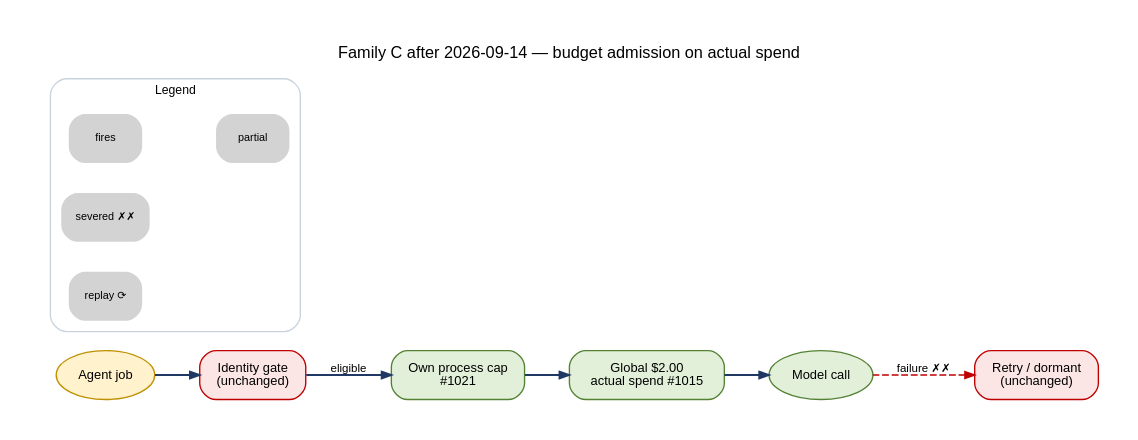
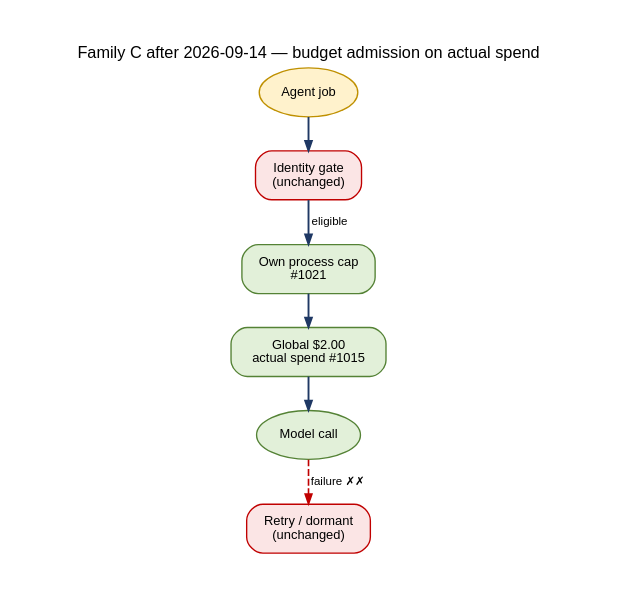
The diagram in docs/architecture/lifecycles/LIFECYCLE_FACTBASE_C_WATCHLIST_2026-09-14.md (PatsKiller/tardeai), drawn with Graphviz before and after one commit. The commit also changed 11 other files, not shown here.

First line of the commit message:
docs(architecture): lifecycle flow diagrams top-down with a legend figure; wide diagrams re-laid out

````diff
--- a/docs/architecture/lifecycles/LIFECYCLE_FACTBASE_C_WATCHLIST_2026-09-14.md
+++ b/docs/architecture/lifecycles/LIFECYCLE_FACTBASE_C_WATCHLIST_2026-09-14.md
@@ -26,23 +26,18 @@
 ```dot
 digraph fb_c {
-  graph [rankdir=LR, fontname="Helvetica", fontsize=12, label="Family C after 2026-09-14 — budget admission on actual spend", labelloc=t, nodesep=0.3, ranksep=0.45, pad=0.3];
+  graph [rankdir=TB, fontname="Helvetica", fontsize=12, label="Family C after 2026-09-14 — budget admission on actual spend", labelloc=t, nodesep=0.25, ranksep=0.32, pad=0.3];
   node [style="rounded,filled", fontname="Helvetica", fontsize=9.5];
   edge [fontname="Helvetica", fontsize=8.5, arrowsize=0.7];
   job [label="Agent job", shape=oval, fillcolor="#FFF2CC", color="#BF9000"];
   proc [label="Own process cap\n#1021", shape=box, fillcolor="#E2F0D9", color="#548235"];
   global [label="Global $2.00\nactual spend #1015", shape=box, fillcolor="#E2F0D9", color="#548235"];
   call [label="Model call", shape=oval, fillcolor="#E2F0D9", color="#548235"];
   gate [label="Identity gate\n(unchanged)", shape=box, fillcolor="#FBE5E5", color="#C00000"];
   retry [label="Retry / dormant\n(unchanged)", shape=box, fillcolor="#FBE5E5", color="#C00000"];
   job -> gate [color="#1F3864", penwidth=1.4];
   gate -> proc [label="eligible", color="#1F3864", penwidth=1.4];
   proc -> global [color="#1F3864", penwidth=1.4];
   global -> call [color="#1F3864", penwidth=1.4];
   call -> retry [label="failure ✗✗", color="#C00000", style=dashed, penwidth=1.2];
-  subgraph cluster_legend { label="Legend"; fontsize=9; style=rounded; color="#C9D3DF";
-    lg1 [label="fires", shape=plaintext, fontsize=8]; lg2 [label="partial", shape=plaintext, fontsize=8];
-    lg3 [label="severed ✗✗", shape=plaintext, fontsize=8]; lg4 [label="replay ⟳", shape=plaintext, fontsize=8];
-    lg1 -> lg2 [color="#548235", penwidth=1.3, style=invis]; 
-  }
 }
 ```
````
